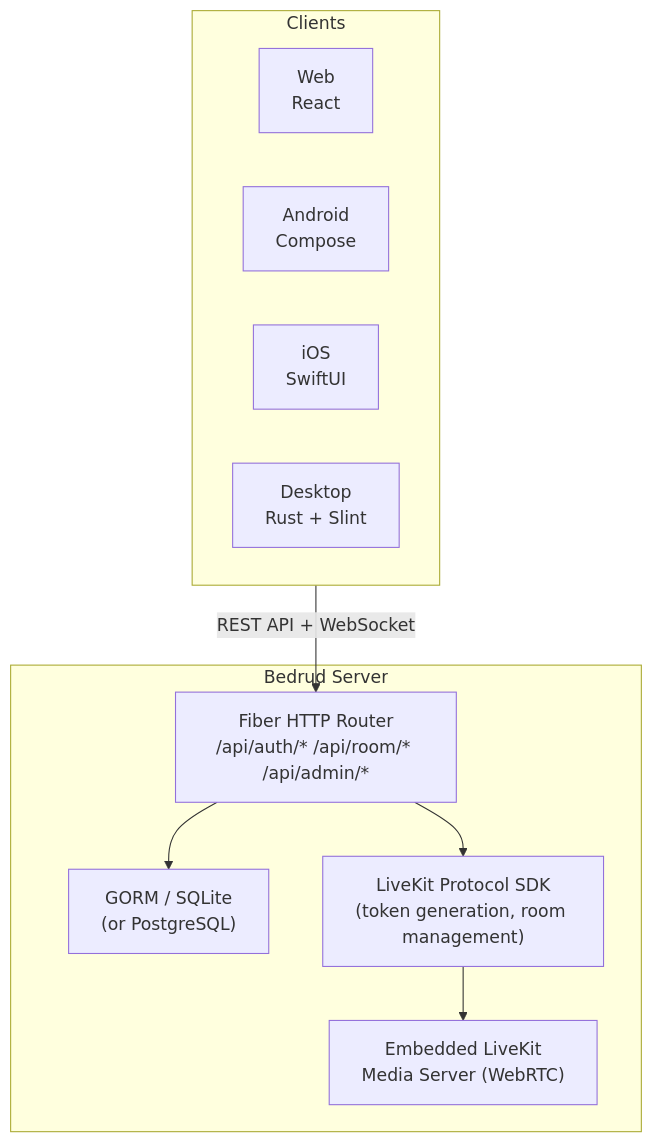
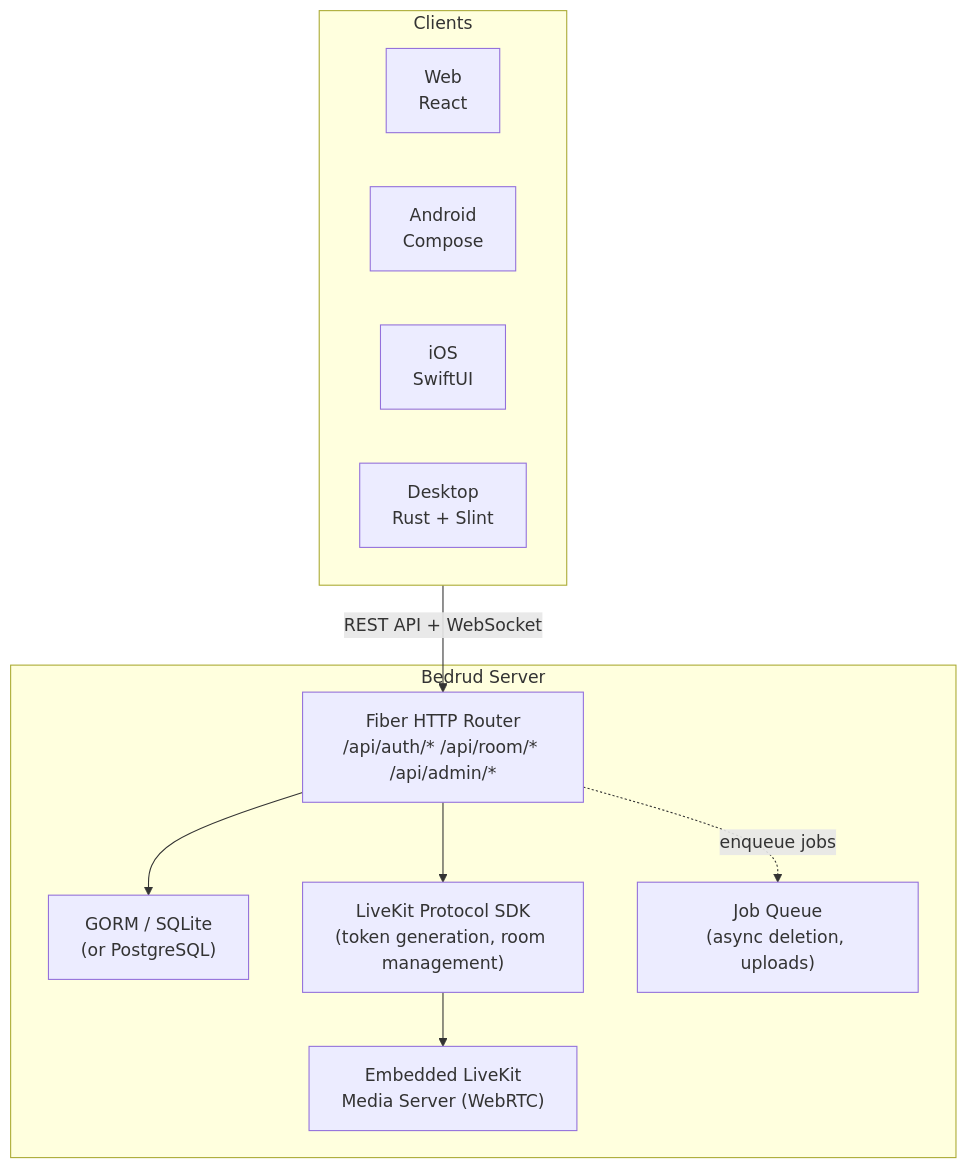
Before and after one commit to themadorg/bedrud-android: the first of 3 diagrams in apps/site/src/content/docs/en/architecture/overview.mdx, drawn with Mermaid. The commit also changed other lines of this file and 55 other files, not shown here.

````diff
--- a/apps/site/src/content/docs/en/architecture/overview.mdx
+++ b/apps/site/src/content/docs/en/architecture/overview.mdx
@@ -11,21 +11,23 @@
 ```mermaid
 flowchart TB
     subgraph Clients ["Clients"]
         Web["Web<br/>React"]
         Android["Android<br/>Compose"]
         iOS["iOS<br/>SwiftUI"]
         Desktop["Desktop<br/>Rust + Slint"]
     end
 
     subgraph Server ["Bedrud Server"]
         Router["Fiber HTTP Router<br/>/api/auth/* /api/room/* /api/admin/*"]
         DB["GORM / SQLite<br/>(or PostgreSQL)"]
         LKSDK["LiveKit Protocol SDK<br/>(token generation, room management)"]
+        Queue["Job Queue<br/>(async deletion, uploads)"]
         LiveKit["Embedded LiveKit<br/>Media Server (WebRTC)"]
     end
 
     Clients -->|"REST API + WebSocket"| Router
     Router --> DB
     Router --> LKSDK
+    Router -.->|"enqueue jobs"| Queue
     LKSDK --> LiveKit
 ```
````
